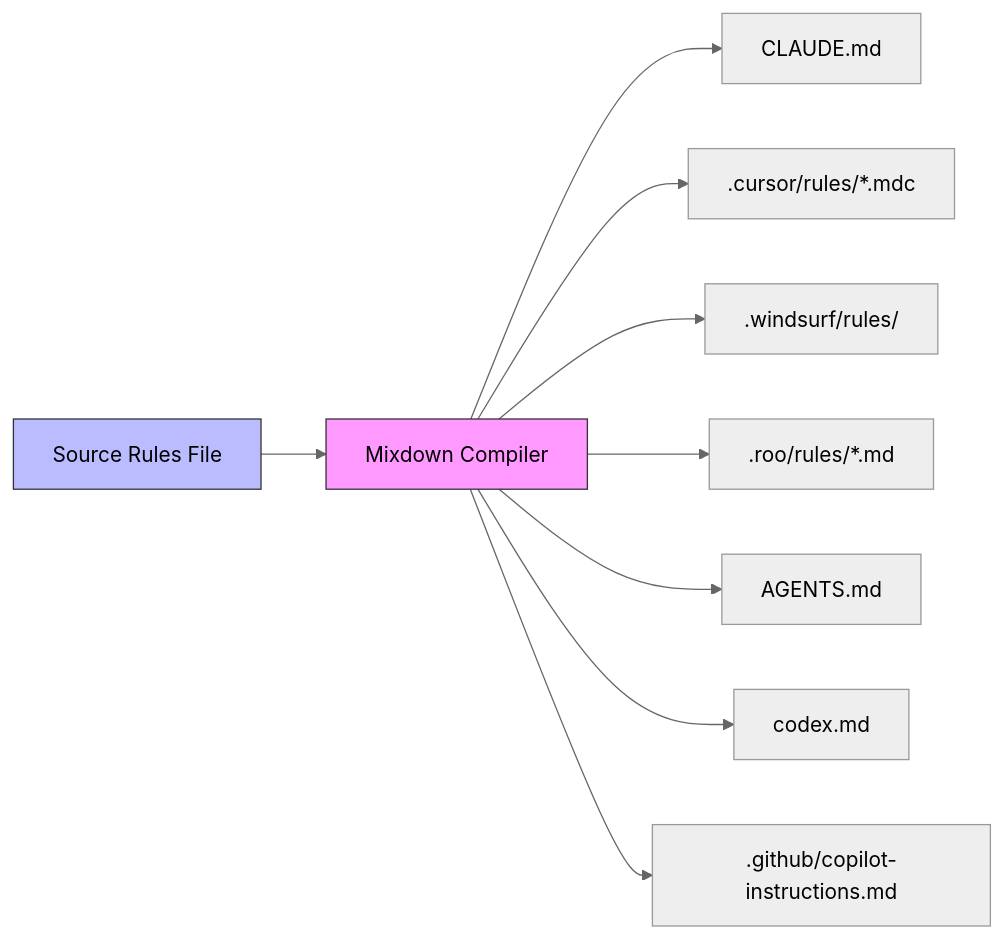
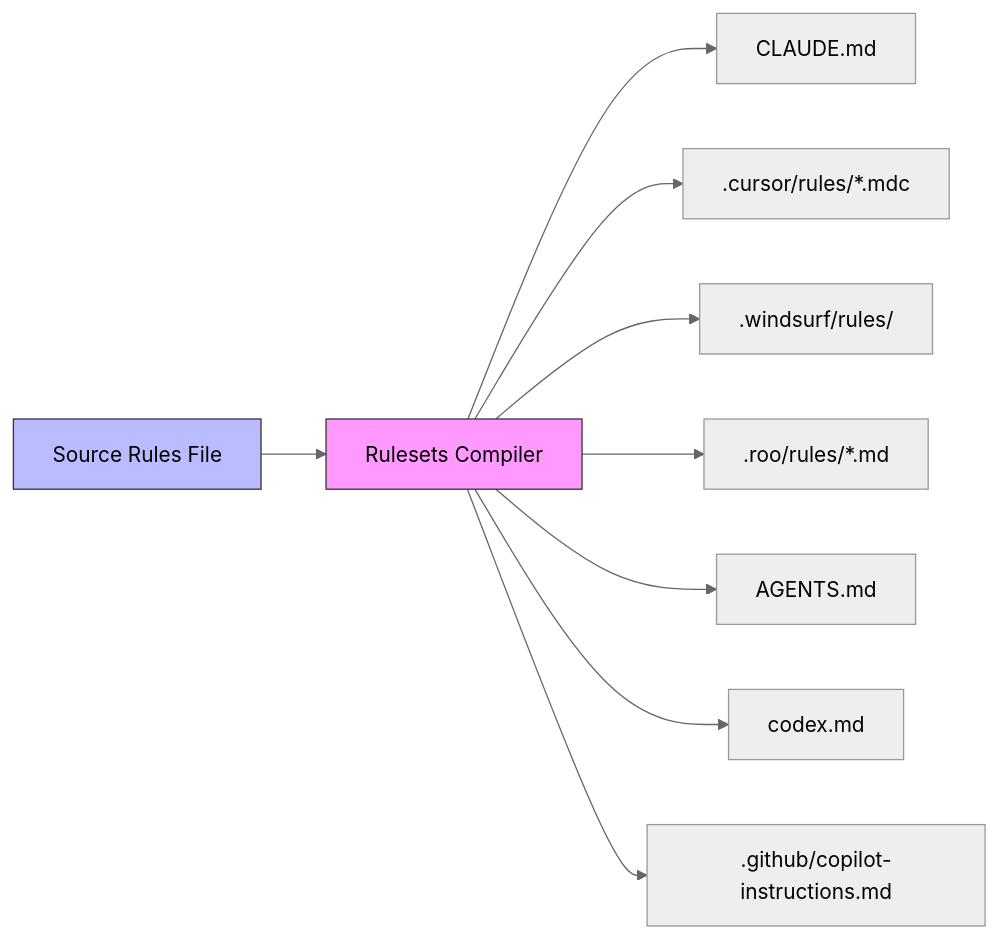
Before and after one commit to outfitter-dev/rulesets: the ninth of 10 diagrams in docs/project/notes/ai-rules-guide.md, drawn with Mermaid (neutral theme). The commit also changed other lines of this file and 35 other files, not shown here.

First line of the commit message:
refactor: comprehensive terminology cleanup from Mixdown to Rulesets

````diff
--- a/docs/project/notes/ai-rules-guide.md
+++ b/docs/project/notes/ai-rules-guide.md
@@ -699,14 +699,14 @@
 ```mermaid
 flowchart LR
-    A[Source Rules File] --> B[Mixdown Compiler]
+    A[Source Rules File] --> B[Rulesets Compiler]
     B --> C[CLAUDE.md]
     B --> D[.cursor/rules/*.mdc]
     B --> E[.windsurf/rules/]
     B --> F[.roo/rules/*.md]
     B --> G[AGENTS.md]
     B --> H[codex.md]
     B --> I[.github/copilot-instructions.md]
     
     style A fill:#bbf,stroke:#333
     style B fill:#f9f,stroke:#333
 ```
````
